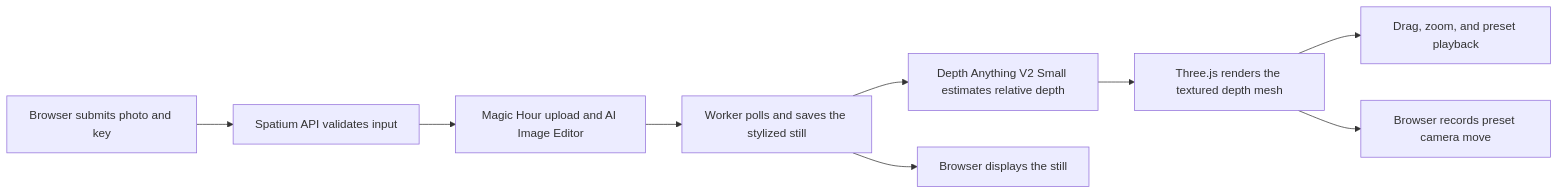
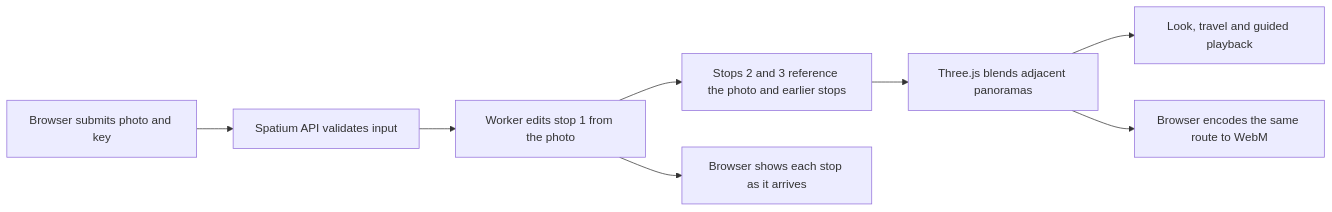
The diagram in docs/architecture.md (defAaron/spatium), drawn with Mermaid before and after one commit. The commit also changed other lines of this file and 4 other files, not shown here.

````diff
--- a/docs/architecture.md
+++ b/docs/architecture.md
@@ -30,11 +19,10 @@
 ```mermaid
 flowchart LR
     A["Browser submits photo and key"] --> B["Spatium API validates input"]
-    B --> C["Magic Hour upload and AI Image Editor"]
-    C --> D["Worker polls and saves the stylized still"]
-    D --> E["Depth Anything V2 Small estimates relative depth"]
-    D --> F["Browser displays the still"]
-    E --> G["Three.js renders the textured depth mesh"]
-    G --> H["Drag, zoom, and preset playback"]
-    G --> I["Browser records preset camera move"]
+    B --> C["Worker edits stop 1 from the photo"]
+    C --> D["Stops 2 and 3 reference the photo and earlier stops"]
+    C --> E["Browser shows each stop as it arrives"]
+    D --> F["Three.js blends adjacent panoramas"]
+    F --> G["Look, travel and guided playback"]
+    F --> H["Browser encodes the same route to WebM"]
 ```
````
